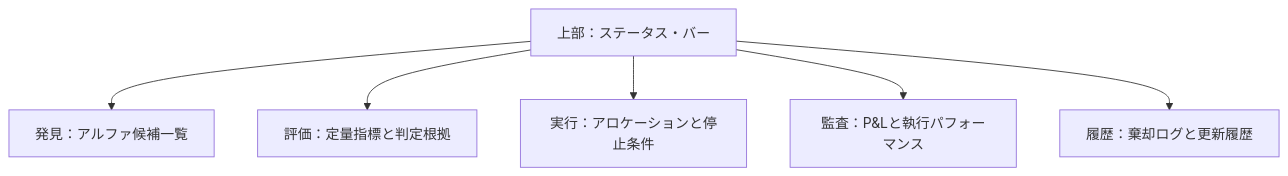
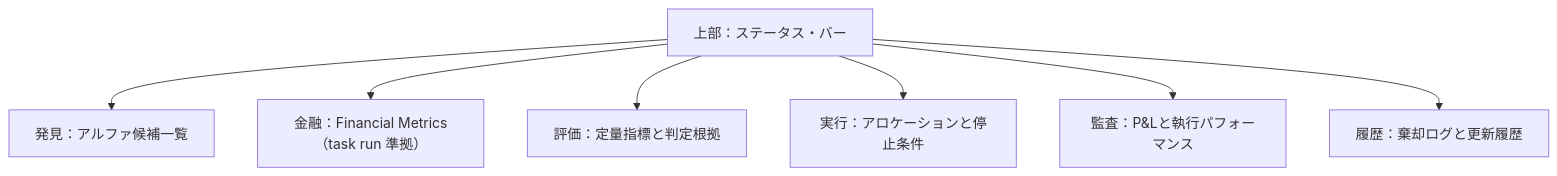
One commit to KAFKA2306/investor changed the second of 8 diagrams in docs/specs/frontend.md. Above: the diagram before and after it, drawn with Mermaid. The commit also changed other lines of this file and 55 other files, not shown here.

Commit message:
feat: switch dashboard to canonical financial metrics and drop legacy readiness

````diff
--- a/docs/specs/frontend.md
+++ b/docs/specs/frontend.md
@@ -37,15 +37,17 @@
 ```mermaid
 flowchart TD
     総覧帯["上部：ステータス・バー"]
     発見面["発見：アルファ候補一覧"]
+    金融面["金融：Financial Metrics（task run 準拠）"]
     評価面["評価：定量指標と判定根拠"]
     実行面["実行：アロケーションと停止条件"]
     監査面["監査：P&Lと執行パフォーマンス"]
     履歴面["履歴：棄却ログと更新履歴"]
 
     総覧帯 --> 発見面
+    総覧帯 --> 金融面
     総覧帯 --> 評価面
     総覧帯 --> 実行面
     総覧帯 --> 監査面
     総覧帯 --> 履歴面
 ```
````
